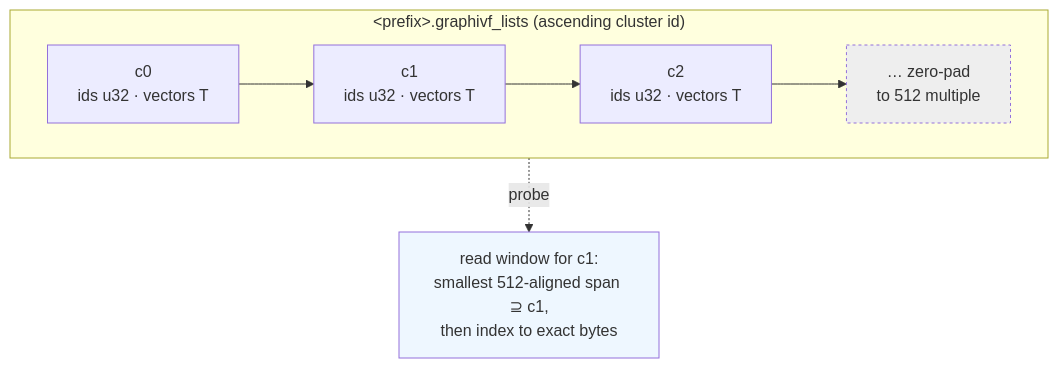
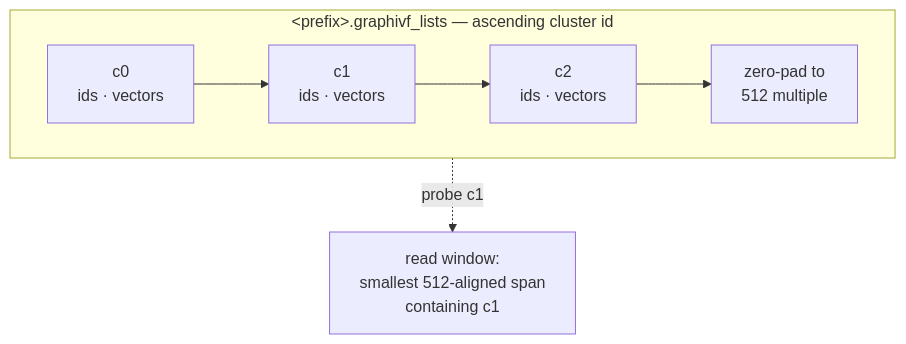
The second of 4 diagrams in diskann-graphivf/ONLINE.md (microsoft/DiskANN), drawn with Mermaid before and after one commit. The commit also changed other lines of this file and 47 other files, not shown here.

First line of the commit message:
graph-ivf: run builds and sweeps through the benchmark harness

````diff
--- a/diskann-graphivf/ONLINE.md
+++ b/diskann-graphivf/ONLINE.md
@@ -121,13 +153,8 @@
 ```mermaid
 flowchart TB
-    subgraph FILE["&lt;prefix&gt;.graphivf_lists (ascending cluster id)"]
+    subgraph FILE["&lt;prefix&gt;.graphivf_lists — ascending cluster id"]
         direction LR
-        R0["c0<br/>ids u32 · vectors T"] --> R1["c1<br/>ids u32 · vectors T"] --> R2["c2<br/>ids u32 · vectors T"] --> PAD["… zero-pad<br/>to 512 multiple"]
+        R0["c0<br/>ids · vectors"] --> R1["c1<br/>ids · vectors"] --> R2["c2<br/>ids · vectors"] --> PAD["zero-pad to<br/>512 multiple"]
     end
-    W["read window for c1:<br/>smallest 512-aligned span ⊇ c1,<br/>then index to exact bytes"]
-    R1 -.probe.-> W
-    classDef pad fill:#eee,stroke-dasharray:3 3;
-    classDef win fill:#eef7ff;
-    class PAD pad;
-    class W win;
+    R1 -.probe c1.-> W["read window:<br/>smallest 512-aligned span<br/>containing c1"]
 ```
````
